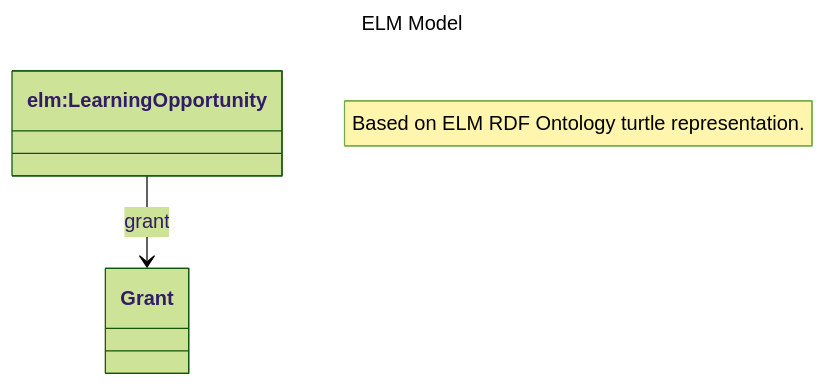
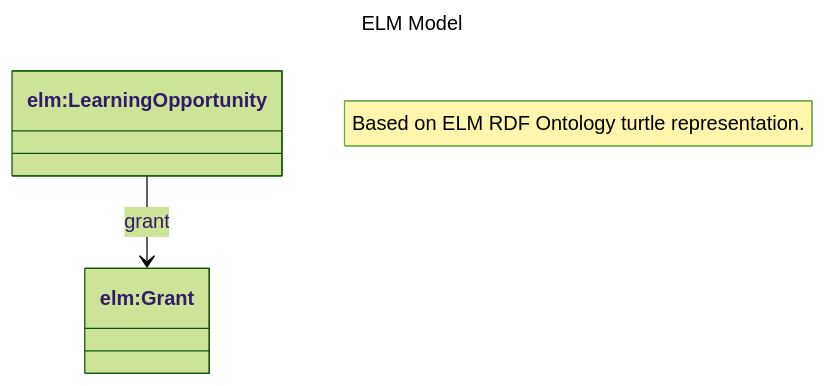
One commit to philbarker/ELM_Diag changed the diagram in elm_model.md. Above: the diagram before and after it, drawn with Mermaid (forest theme).

````diff
--- a/elm_model.md
+++ b/elm_model.md
@@ -2,9 +2,9 @@
 ```mermaid
 ---
 title: ELM Model
 description: European Learning Model data model diagrammed using Mermaid.
 ---
 classDiagram
    note "Based on ELM RDF Ontology turtle representation."
-   `elm:LearningOpportunity` --> `Grant` : grant
+   `elm:LearningOpportunity` --> `elm:Grant` : grant
 ```
````
